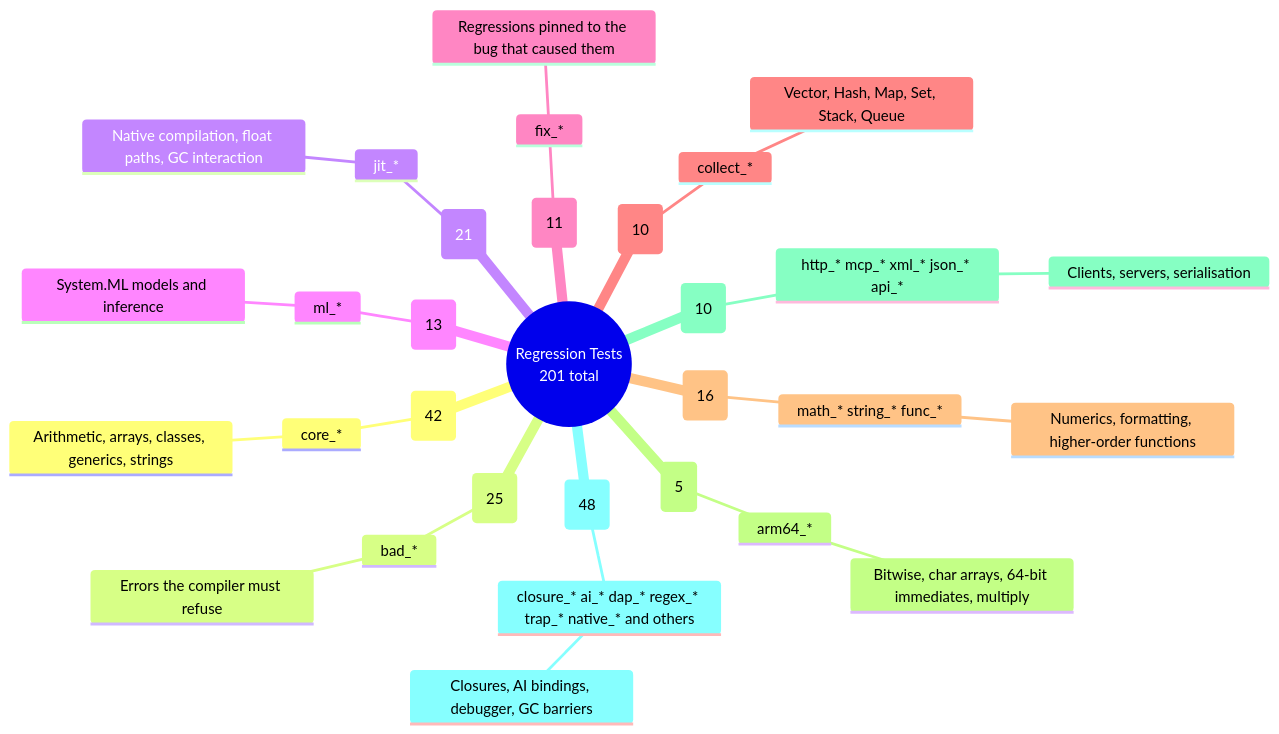
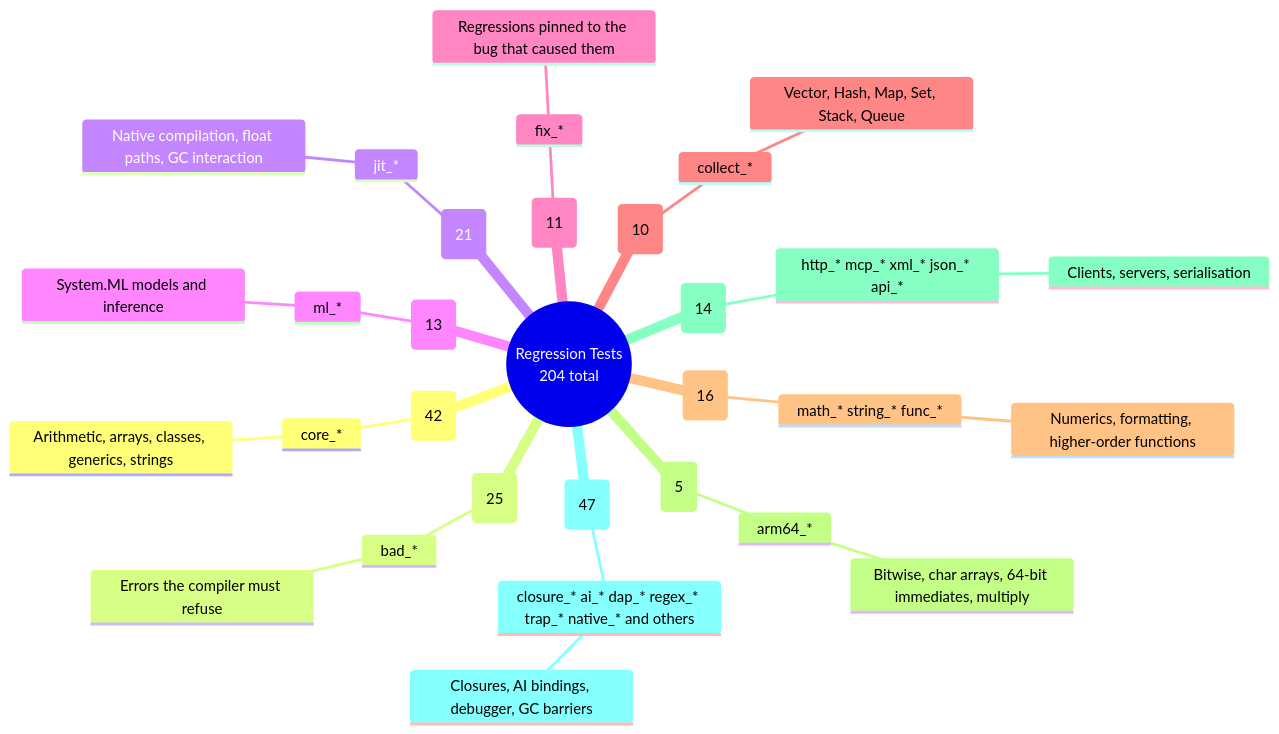
Before and after one commit to objeck/objeck-lang: diagram 17 of 27 in docs/architecture.md, drawn with Mermaid. The commit also changed other lines of this file and 4 other files, not shown here.

````diff
--- a/docs/architecture.md
+++ b/docs/architecture.md
@@ -837,35 +837,35 @@
 ```mermaid
 mindmap
     root((Regression Tests
-    201 total))
+    204 total))
         Language core (42)
             core_*
                 Arithmetic, arrays, classes, generics, strings
         Rejected programs (25)
             bad_*
                 Errors the compiler must refuse
         JIT (21)
             jit_*
                 Native compilation, float paths, GC interaction
         Machine learning (13)
             ml_*
                 System.ML models and inference
         Fixed defects (11)
             fix_*
                 Regressions pinned to the bug that caused them
         Collections (10)
             collect_*
                 Vector, Hash, Map, Set, Stack, Queue
         Math and strings (16)
             math_* string_* func_*
                 Numerics, formatting, higher-order functions
         ARM64 specific (5)
             arm64_*
                 Bitwise, char arrays, 64-bit immediates, multiply
-        Networking and web (10)
+        Networking and web (14)
             http_* mcp_* xml_* json_* api_*
                 Clients, servers, serialisation
-        Remainder (48)
+        Remainder (47)
             closure_* ai_* dap_* regex_* trap_* native_* and others
                 Closures, AI bindings, debugger, GC barriers
 ```
````
